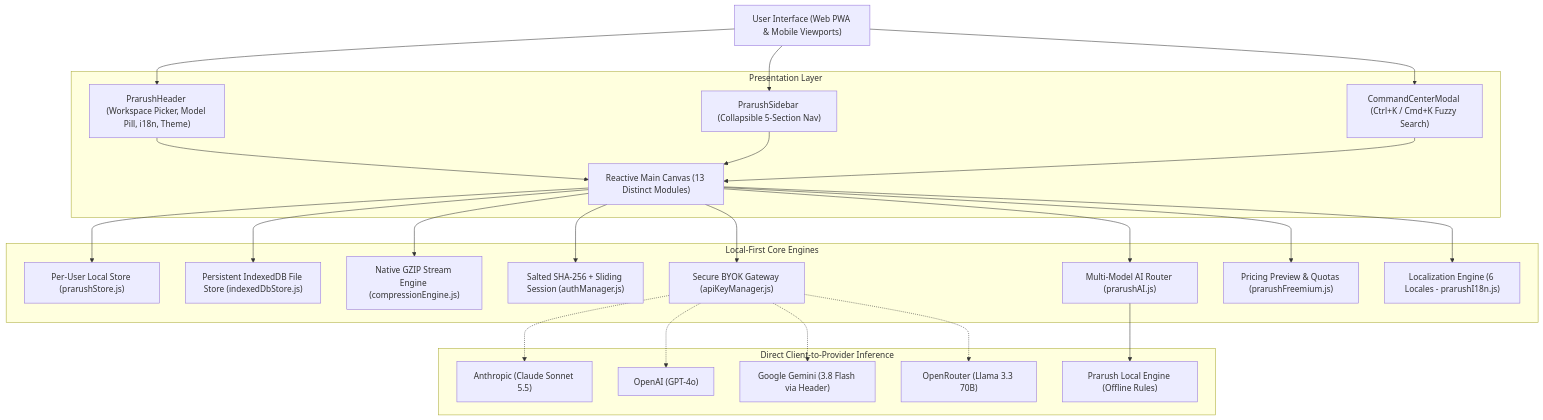
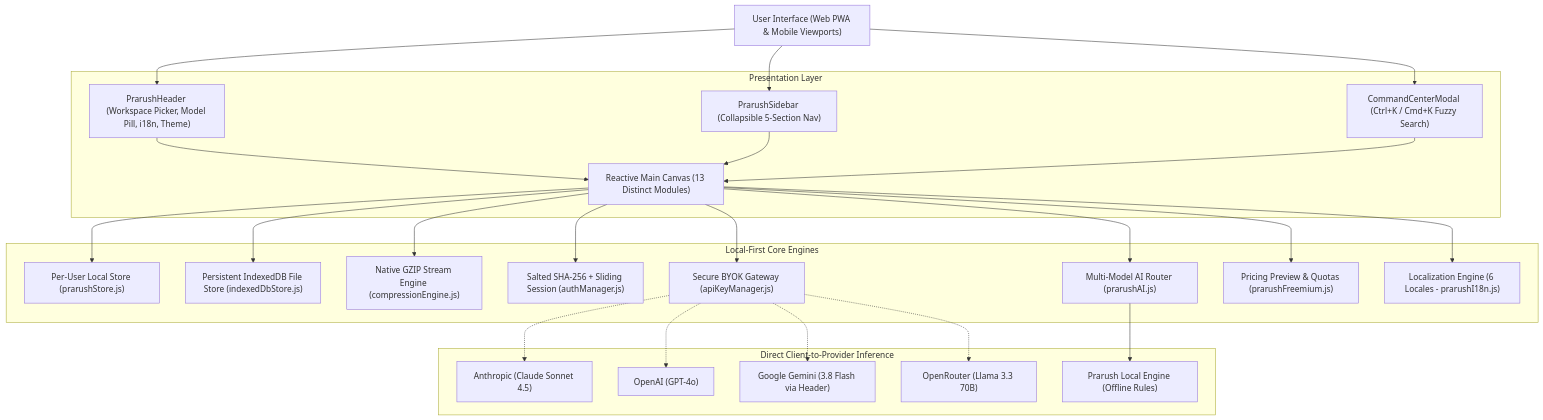
Before and after one commit to Pratham4908/Prarush: the diagram in README.md, drawn with Mermaid. The commit also changed other lines of this file and 93 other files, not shown here.

````diff
--- a/README.md
+++ b/README.md
@@ -65,52 +65,52 @@
 ```mermaid
 graph TD
     User["User Interface (Web PWA & Mobile Viewports)"]
 
     subgraph Presentation ["Presentation Layer"]
         Header["PrarushHeader (Workspace Picker, Model Pill, i18n, Theme)"]
         Sidebar["PrarushSidebar (Collapsible 5-Section Nav)"]
         CommandPalette["CommandCenterModal (Ctrl+K / Cmd+K Fuzzy Search)"]
         Canvas["Reactive Main Canvas (13 Distinct Modules)"]
     end
 
     subgraph LocalEngines ["Local-First Core Engines"]
         Store["Per-User Local Store (prarushStore.js)"]
         IndexedDBStore["Persistent IndexedDB File Store (indexedDbStore.js)"]
         Compression["Native GZIP Stream Engine (compressionEngine.js)"]
         Auth["Salted SHA-256 + Sliding Session (authManager.js)"]
         BYOK["Secure BYOK Gateway (apiKeyManager.js)"]
         AIHub["Multi-Model AI Router (prarushAI.js)"]
         Freemium["Pricing Preview & Quotas (prarushFreemium.js)"]
         i18n["Localization Engine (6 Locales - prarushI18n.js)"]
     end
 
     subgraph Providers ["Direct Client-to-Provider Inference"]
-        Anthropic["Anthropic (Claude Sonnet 5.5)"]
+        Anthropic["Anthropic (Claude Sonnet 4.5)"]
         OpenAI["OpenAI (GPT-4o)"]
         Gemini["Google Gemini (3.8 Flash via Header)"]
         OpenRouter["OpenRouter (Llama 3.3 70B)"]
         LocalEngine["Prarush Local Engine (Offline Rules)"]
     end
 
     User --> Header
     User --> Sidebar
     User --> CommandPalette
     Header --> Canvas
     Sidebar --> Canvas
     CommandPalette --> Canvas
 
     Canvas --> Store
     Canvas --> IndexedDBStore
     Canvas --> Compression
     Canvas --> Auth
     Canvas --> BYOK
     Canvas --> AIHub
     Canvas --> Freemium
     Canvas --> i18n
 
     BYOK -.-> Anthropic
     BYOK -.-> OpenAI
     BYOK -.-> Gemini
     BYOK -.-> OpenRouter
     AIHub --> LocalEngine
 ```
````
